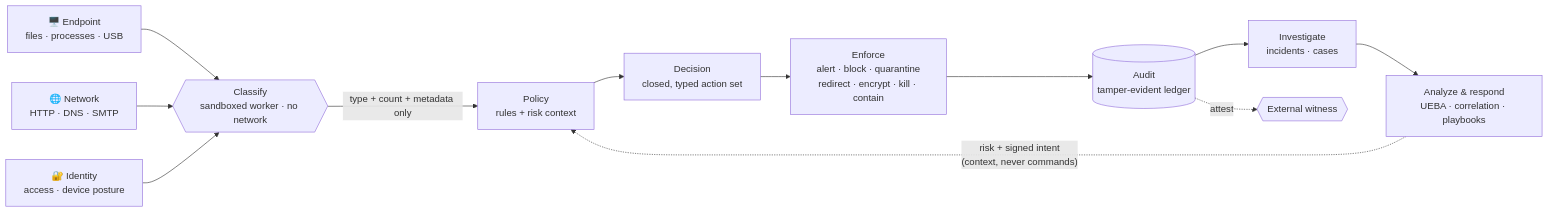
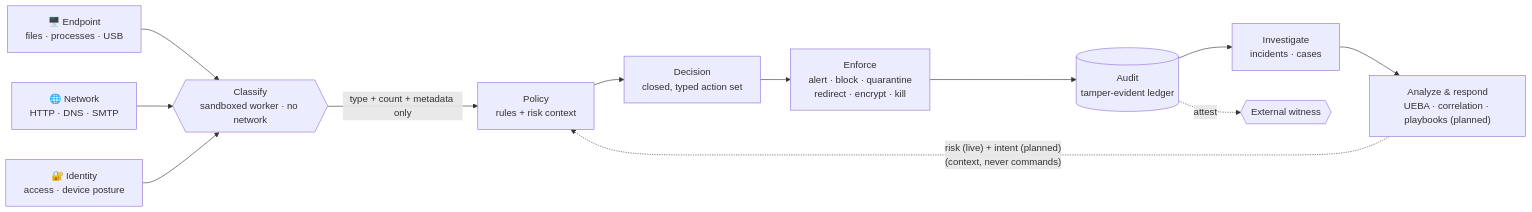
The first of 2 diagrams in README.md (lucianoengel/openshield), drawn with Mermaid before and after one commit. The commit also changed other lines of this file, not shown here.

````diff
--- a/README.md
+++ b/README.md
@@ -94,14 +94,14 @@
 ```mermaid
 flowchart LR
   EP["🖥️ Endpoint<br/>files · processes · USB"] --> C
   NW["🌐 Network<br/>HTTP · DNS · SMTP"] --> C
   ID["🔐 Identity<br/>access · device posture"] --> C
   C{{"Classify<br/>sandboxed worker · no network"}} -->|"type + count + metadata only"| POL["Policy<br/>rules + risk context"]
   POL --> DEC["Decision<br/>closed, typed action set"]
-  DEC --> ENF["Enforce<br/>alert · block · quarantine<br/>redirect · encrypt · kill · contain"]
+  DEC --> ENF["Enforce<br/>alert · block · quarantine<br/>redirect · encrypt · kill"]
   ENF --> LED[("Audit<br/>tamper-evident ledger")]
   LED --> INC["Investigate<br/>incidents · cases"]
-  INC --> RSP["Analyze &amp; respond<br/>UEBA · correlation · playbooks"]
-  RSP -.->|"risk + signed intent<br/>(context, never commands)"| POL
+  INC --> RSP["Analyze &amp; respond<br/>UEBA · correlation · playbooks (planned)"]
+  RSP -.->|"risk (live) + intent (planned)<br/>(context, never commands)"| POL
   LED -.->|attest| WIT{{"External witness"}}
 ```
````
